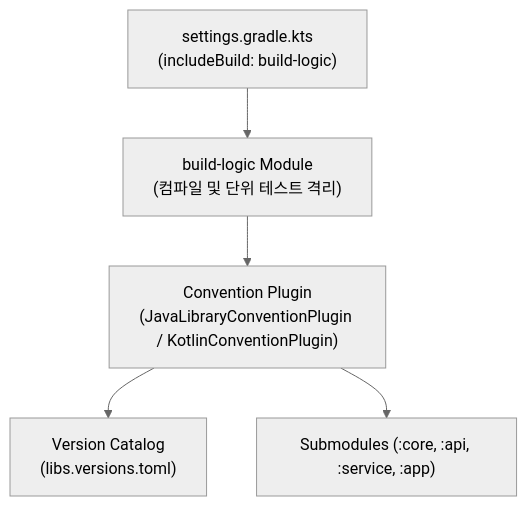
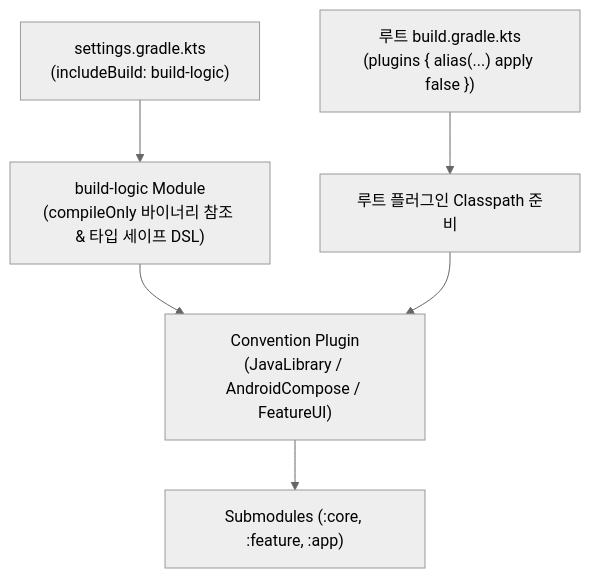
Before and after one commit to youngmin-gwon/what-i-studied: the diagram in 01_inbox/mobile/android/03_packaging_deployment/build/gradle/gradle-build/gradle-plugins.md, drawn with Mermaid (neutral theme). The commit also changed other lines of this file and 8 other files, not shown here.

````diff
--- a/01_inbox/mobile/android/03_packaging_deployment/build/gradle/gradle-build/gradle-plugins.md
+++ b/01_inbox/mobile/android/03_packaging_deployment/build/gradle/gradle-build/gradle-plugins.md
@@ -17,7 +17,8 @@
 ```mermaid
 flowchart TD
-    Settings["settings.gradle.kts<br/>(includeBuild: build-logic)"] --> BuildLogic["build-logic Module<br/>(컴파일 및 단위 테스트 격리)"]
-    BuildLogic --> ConvPlugin["Convention Plugin<br/>(JavaLibraryConventionPlugin / KotlinConventionPlugin)"]
-    ConvPlugin --> VersionCatalog["Version Catalog<br/>(libs.versions.toml)"]
-    ConvPlugin --> Subprojects["Submodules (:core, :api, :service, :app)"]
+    RootSettings["settings.gradle.kts<br/>(includeBuild: build-logic)"] --> BuildLogic["build-logic Module<br/>(compileOnly 바이너리 참조 & 타입 세이프 DSL)"]
+    RootBuild["루트 build.gradle.kts<br/>(plugins { alias(...) apply false })"] --> Classpath["루트 플러그인 Classpath 준비"]
+    BuildLogic --> ConvPlugin["Convention Plugin<br/>(JavaLibrary / AndroidCompose / FeatureUI)"]
+    Classpath --> ConvPlugin
+    ConvPlugin --> Subprojects["Submodules (:core, :feature, :app)"]
 ```
````
